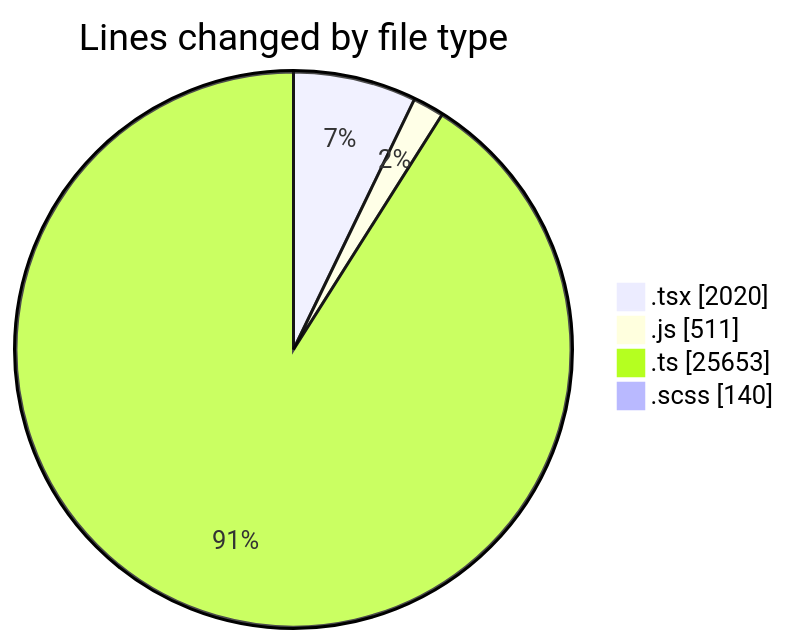
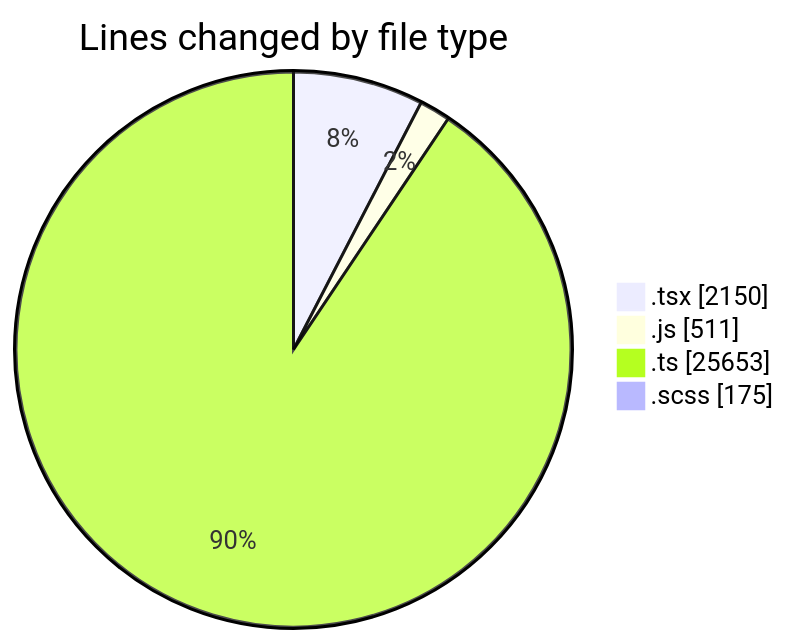
Before and after one commit to momahboobian/code-tracking: the first of 2 diagrams in 2025-06-30/cda/README.md, drawn with Mermaid. The commit also changed other lines of this file and 1 other file, not shown here.

````diff
--- a/2025-06-30/cda/README.md
+++ b/2025-06-30/cda/README.md
@@ -39,8 +41,8 @@
 ```mermaid
 pie showData
 title Lines changed by file type
-".tsx" : 2020
+".tsx" : 2150
 ".js" : 511
 ".ts" : 25653
-".scss" : 140
+".scss" : 175
 ```
````
